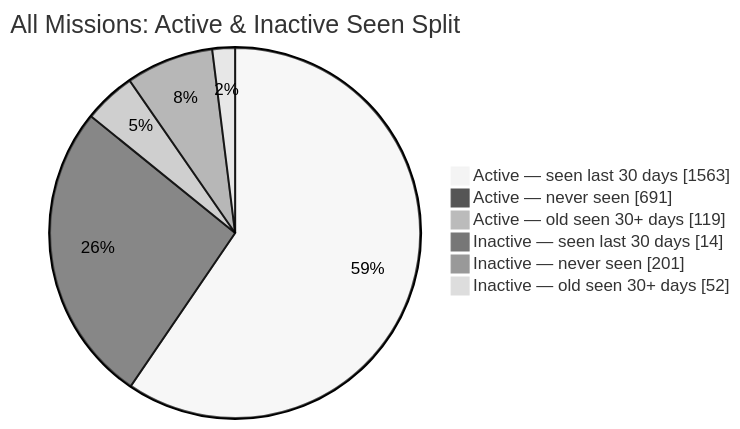
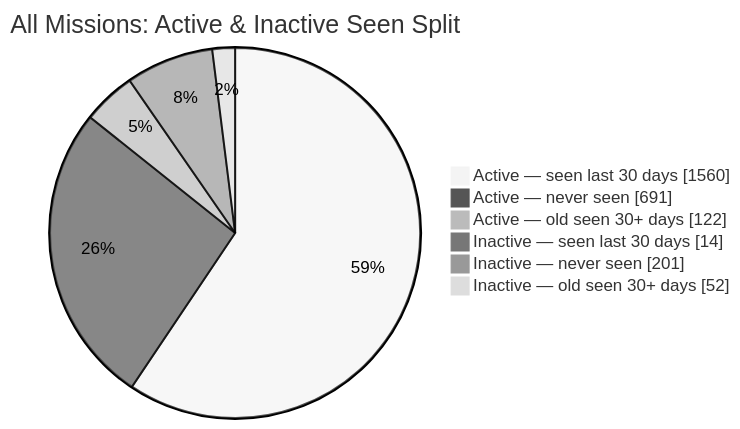
Before and after one commit to MeldkamerspelGameTeam/active-missions: the second of 2 diagrams in README.md, drawn with Mermaid (neutral theme). The commit also changed other lines of this file and 2 other files, not shown here.

````diff
--- a/README.md
+++ b/README.md
@@ -44,10 +44,10 @@
 ```mermaid
 pie showData
     title All Missions: Active & Inactive Seen Split
-    "Active — seen last 30 days" : 1563
+    "Active — seen last 30 days" : 1560
     "Active — never seen" : 691
-    "Active — old seen 30+ days" : 119
+    "Active — old seen 30+ days" : 122
     "Inactive — seen last 30 days" : 14
     "Inactive — never seen" : 201
     "Inactive — old seen 30+ days" : 52
 ```
````
